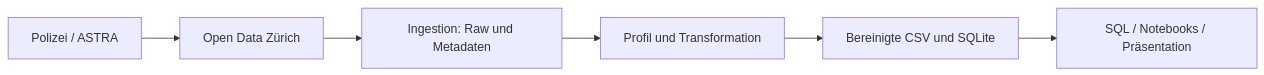
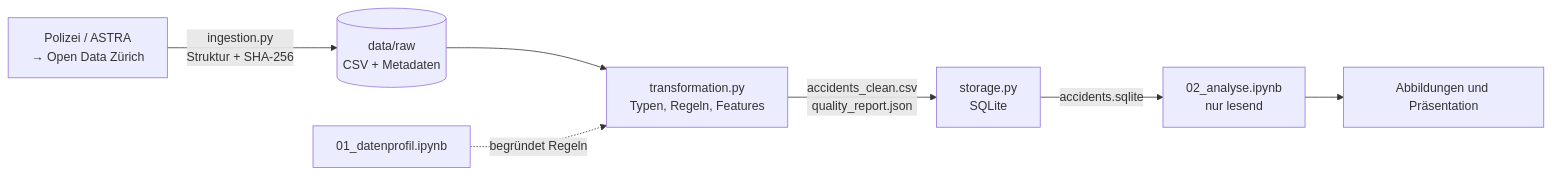
One commit to soutorub/de_projektarbeit_hs_2026_zhaw changed the diagram in README.md. Above: the diagram before and after it, drawn with Mermaid. The commit also changed other lines of this file and 3 other files, not shown here.

````diff
--- a/README.md
+++ b/README.md
@@ -102,8 +93,9 @@
 ```mermaid
 flowchart LR
-    A[Polizei / ASTRA] --> B[Open Data Zürich]
-    B --> C[Ingestion: Raw und Metadaten]
-    C --> D[Profil und Transformation]
-    D --> E[Bereinigte CSV und SQLite]
-    E --> F[SQL / Notebooks / Präsentation]
+    Q[Polizei / ASTRA<br/>→ Open Data Zürich] -->|ingestion.py<br/>Struktur + SHA-256| R[(data/raw<br/>CSV + Metadaten)]
+    R --> T[transformation.py<br/>Typen, Regeln, Features]
+    P[01_datenprofil.ipynb] -.->|begründet Regeln| T
+    T -->|accidents_clean.csv<br/>quality_report.json| S[storage.py<br/>SQLite]
+    S -->|accidents.sqlite| A[02_analyse.ipynb<br/>nur lesend]
+    A --> O[Abbildungen und Präsentation]
 ```
````
